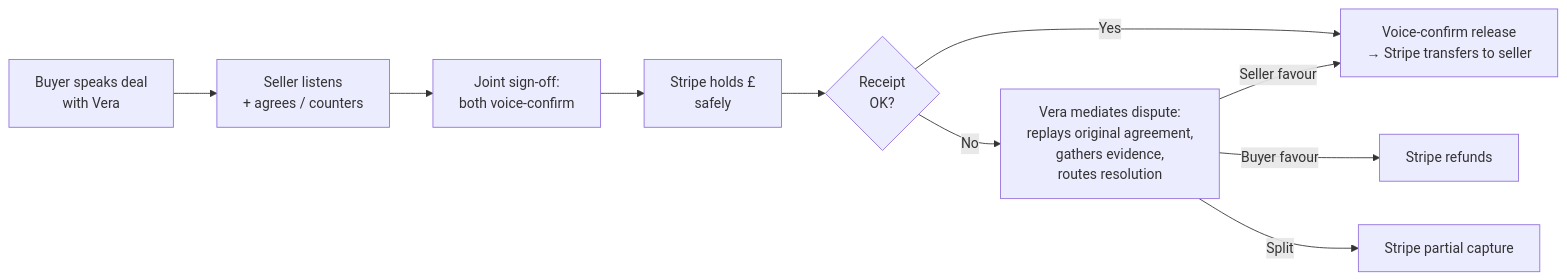
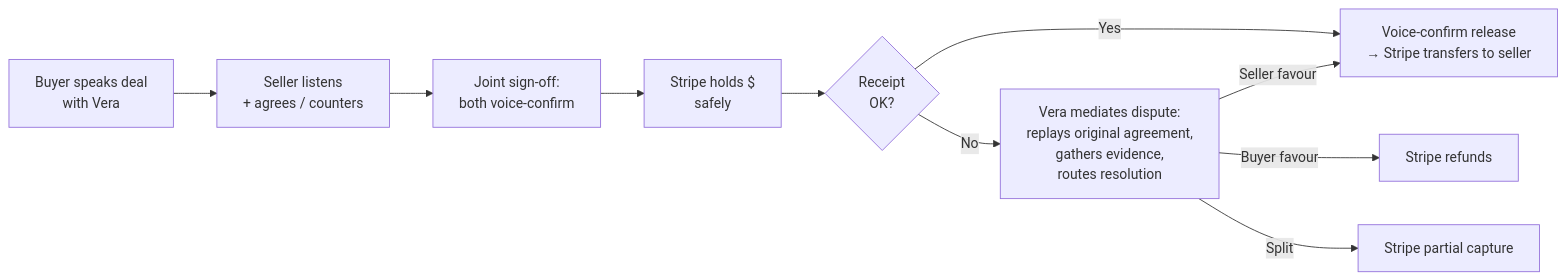
One commit to cheung-scott/vouch changed the diagram in README.md. Above: the diagram before and after it, drawn with Mermaid. The commit also changed other lines of this file and 32 other files, not shown here.

````diff
--- a/README.md
+++ b/README.md
@@ -19,12 +19,12 @@
 ```mermaid
 flowchart LR
     A[Buyer speaks deal<br/>with Vera] --> B[Seller listens<br/>+ agrees / counters]
     B --> C[Joint sign-off:<br/>both voice-confirm]
-    C --> D[Stripe holds £<br/>safely]
+    C --> D[Stripe holds $<br/>safely]
     D --> E{Receipt<br/>OK?}
     E -->|Yes| F[Voice-confirm release<br/>→ Stripe transfers to seller]
     E -->|No| G[Vera mediates dispute:<br/>replays original agreement,<br/>gathers evidence,<br/>routes resolution]
     G -->|Buyer favour| H[Stripe refunds]
     G -->|Seller favour| F
     G -->|Split| I[Stripe partial capture]
 ```
````
